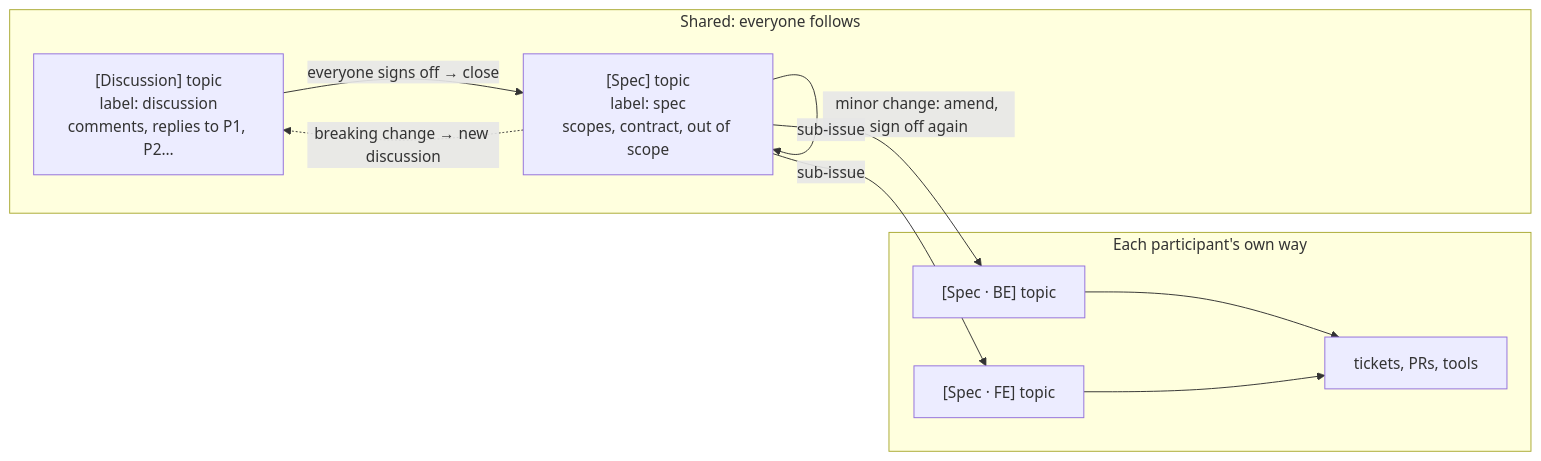
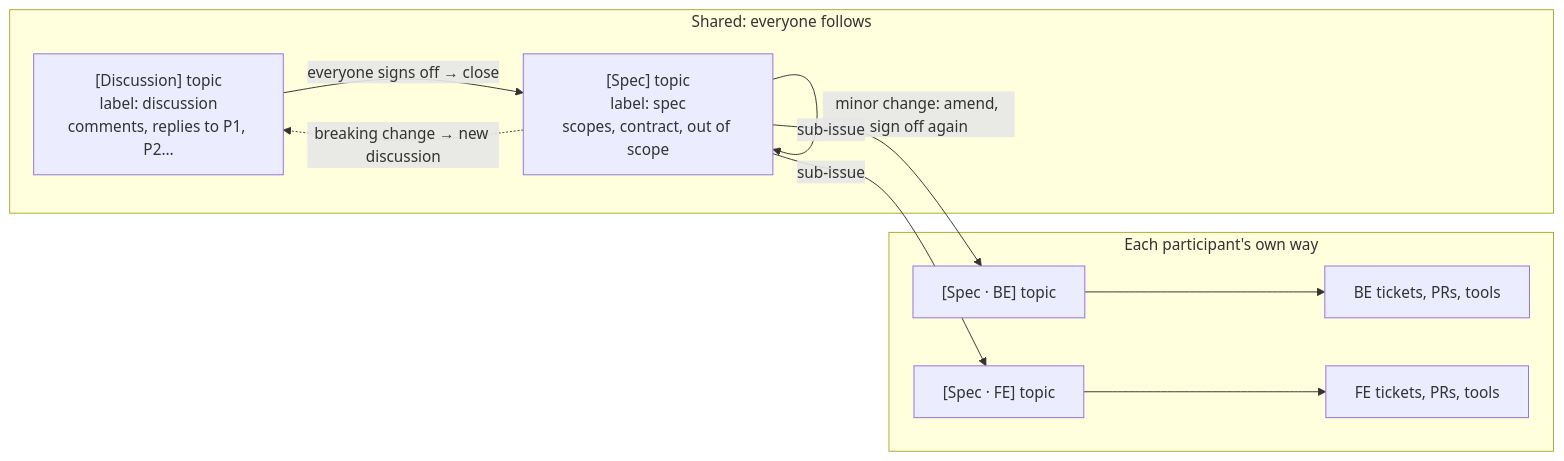
Before and after one commit to nguyenhaiduc06/cowork-skills: the diagram in README.md, drawn with Mermaid.

Commit message:
Split implementation node per party in README diagram

````diff
--- a/README.md
+++ b/README.md
@@ -17,19 +17,20 @@
 ```mermaid
 flowchart LR
   subgraph shared["Shared: everyone follows"]
     D["[Discussion] topic<br/>label: discussion<br/>comments, replies to P1, P2…"]
     S["[Spec] topic<br/>label: spec<br/>scopes, contract, out of scope"]
     D -- "everyone signs off → close" --> S
     S -- "minor change: amend, sign off again" --> S
     S -. "breaking change → new discussion" .-> D
   end
   subgraph own["Each participant's own way"]
     A["[Spec · BE] topic"]
     B["[Spec · FE] topic"]
-    T["tickets, PRs, tools"]
+    TA["BE tickets, PRs, tools"]
+    TB["FE tickets, PRs, tools"]
   end
   S -- sub-issue --> A
   S -- sub-issue --> B
-  A --> T
-  B --> T
+  A --> TA
+  B --> TB
 ```
````
